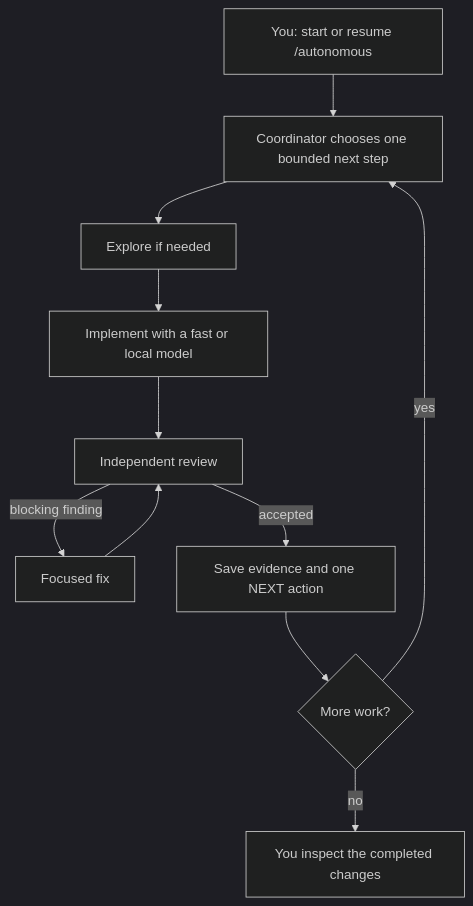
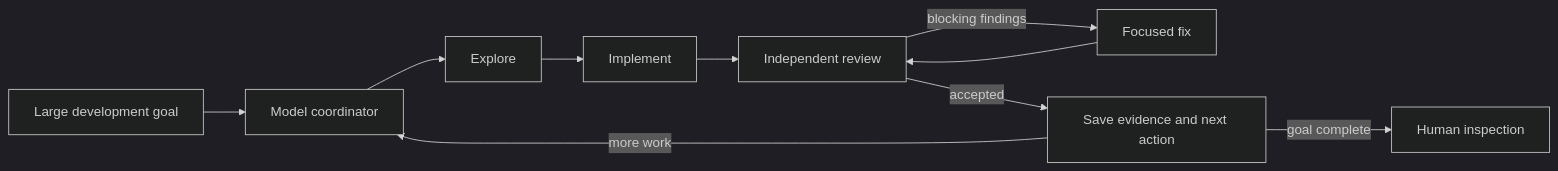
Before and after one commit to alefranz/AgenticAle: the diagram in README.md, drawn with Mermaid (dark theme). The commit also changed other lines of this file, not shown here.

````diff
--- a/README.md
+++ b/README.md
@@ -96,13 +28,12 @@
 ```mermaid
-flowchart TD
-    A[You: start or resume /autonomous] --> B[Coordinator chooses one bounded next step]
-    B --> C[Explore if needed]
-    C --> D[Implement with a fast or local model]
+flowchart LR
+    A[Large development goal] --> B[Model coordinator]
+    B --> C[Explore]
+    C --> D[Implement]
     D --> E[Independent review]
-    E -->|blocking finding| F[Focused fix]
+    E -->|blocking findings| F[Focused fix]
     F --> E
-    E -->|accepted| G[Save evidence and one NEXT action]
-    G --> H{More work?}
-    H -->|yes| B
-    H -->|no| I[You inspect the completed changes]
+    E -->|accepted| G[Save evidence and next action]
+    G -->|more work| B
+    G -->|goal complete| H[Human inspection]
 ```
````
